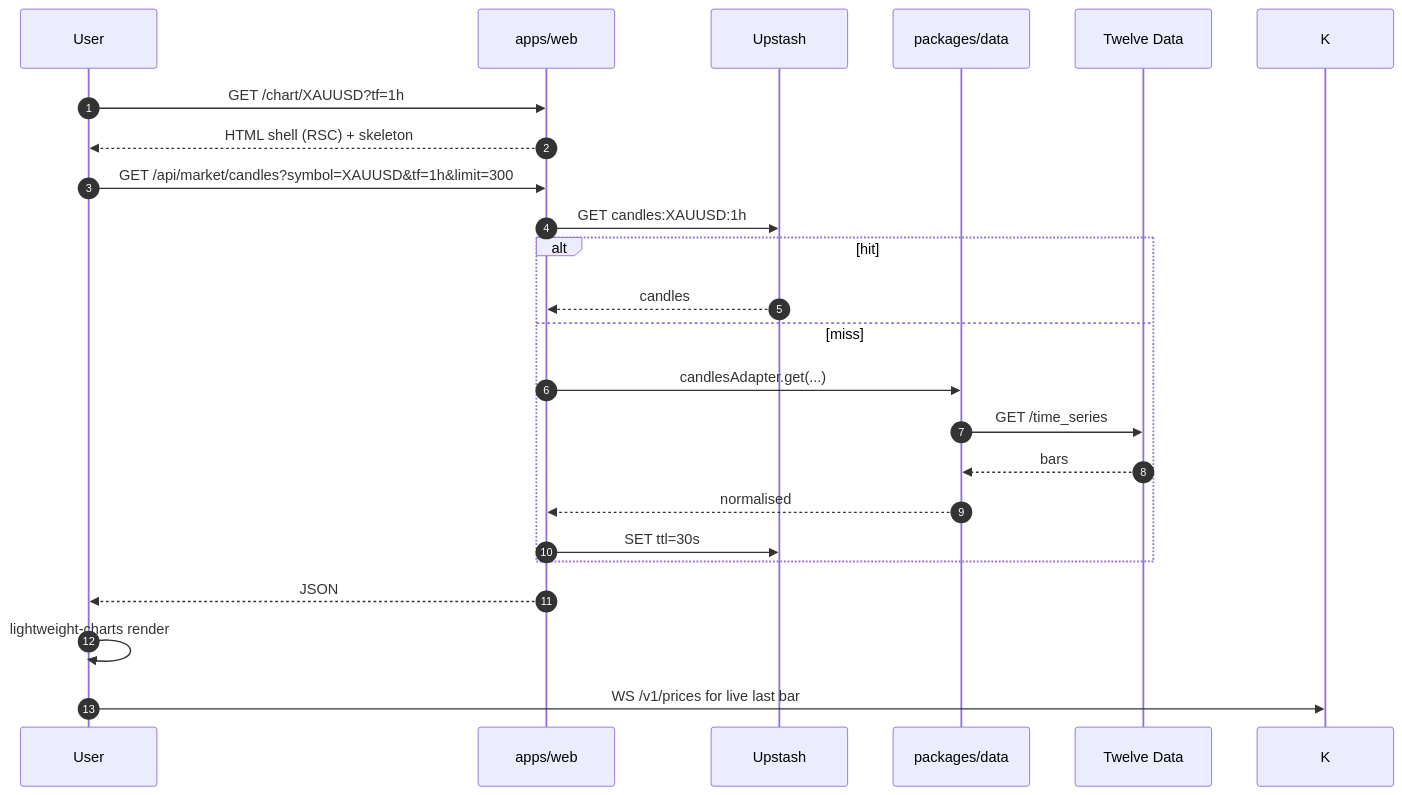
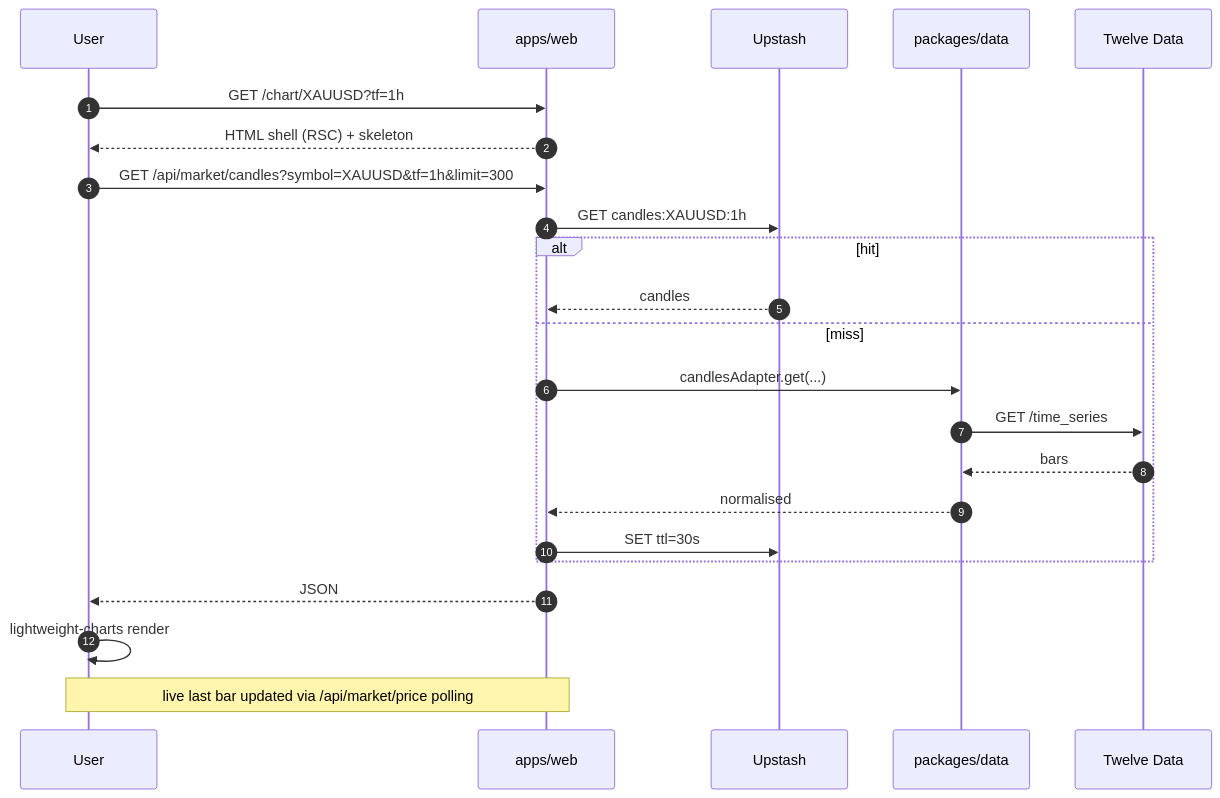
Before and after one commit to HamaFx/HamaFX-Ai: the sixth of 10 diagrams in docs/13-data-flow.md, drawn with Mermaid. The commit also changed other lines of this file and 17 other files, not shown here.

````diff
--- a/docs/13-data-flow.md
+++ b/docs/13-data-flow.md
@@ -151,26 +153,27 @@
 ```mermaid
 sequenceDiagram
     autonumber
     participant U as User
     participant W as apps/web
     participant R as Upstash
     participant DA as packages/data
     participant TD as Twelve Data
 
     U->>W: GET /chart/XAUUSD?tf=1h
     W-->>U: HTML shell (RSC) + skeleton
     U->>W: GET /api/market/candles?symbol=XAUUSD&tf=1h&limit=300
     W->>R: GET candles:XAUUSD:1h
     alt hit
       R-->>W: candles
     else miss
       W->>DA: candlesAdapter.get(...)
       DA->>TD: GET /time_series
       TD-->>DA: bars
       DA-->>W: normalised
       W->>R: SET ttl=30s
     end
     W-->>U: JSON
     U->>U: lightweight-charts render
-    U->>K: WS /v1/prices for live last bar
+
+    Note over U,W: live last bar updated via /api/market/price polling
 ```
````
